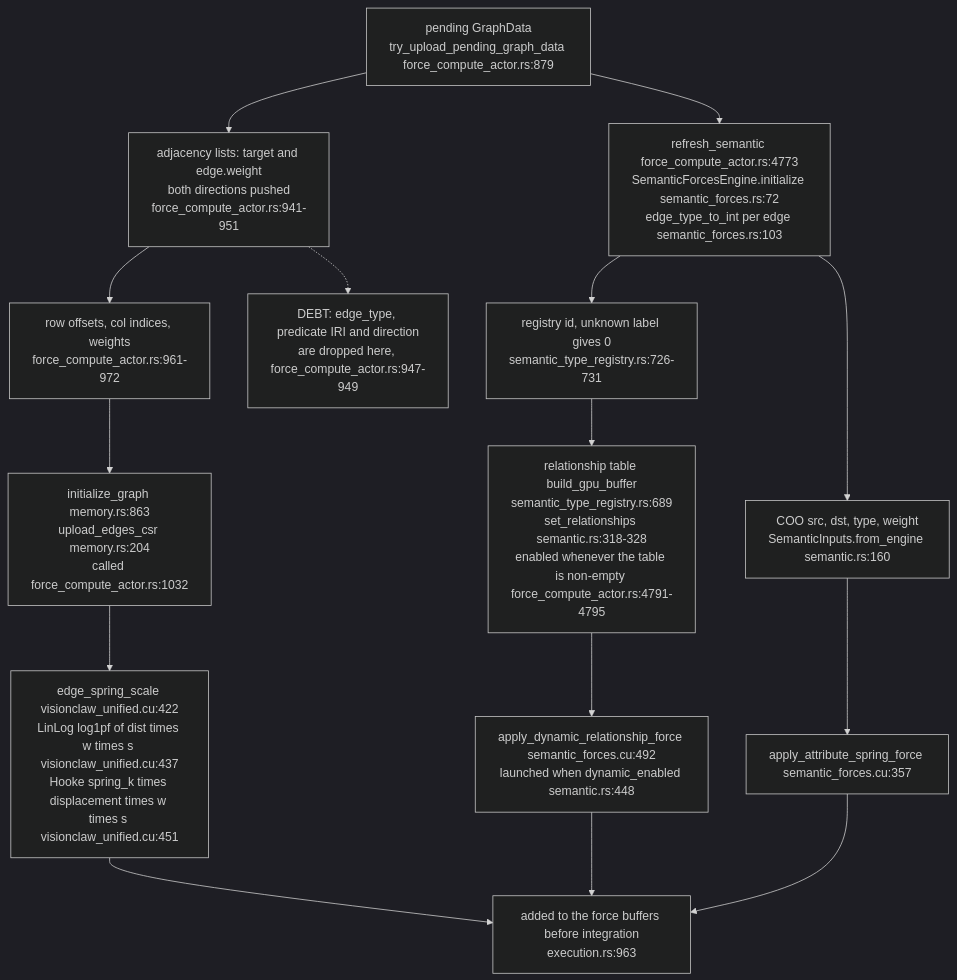
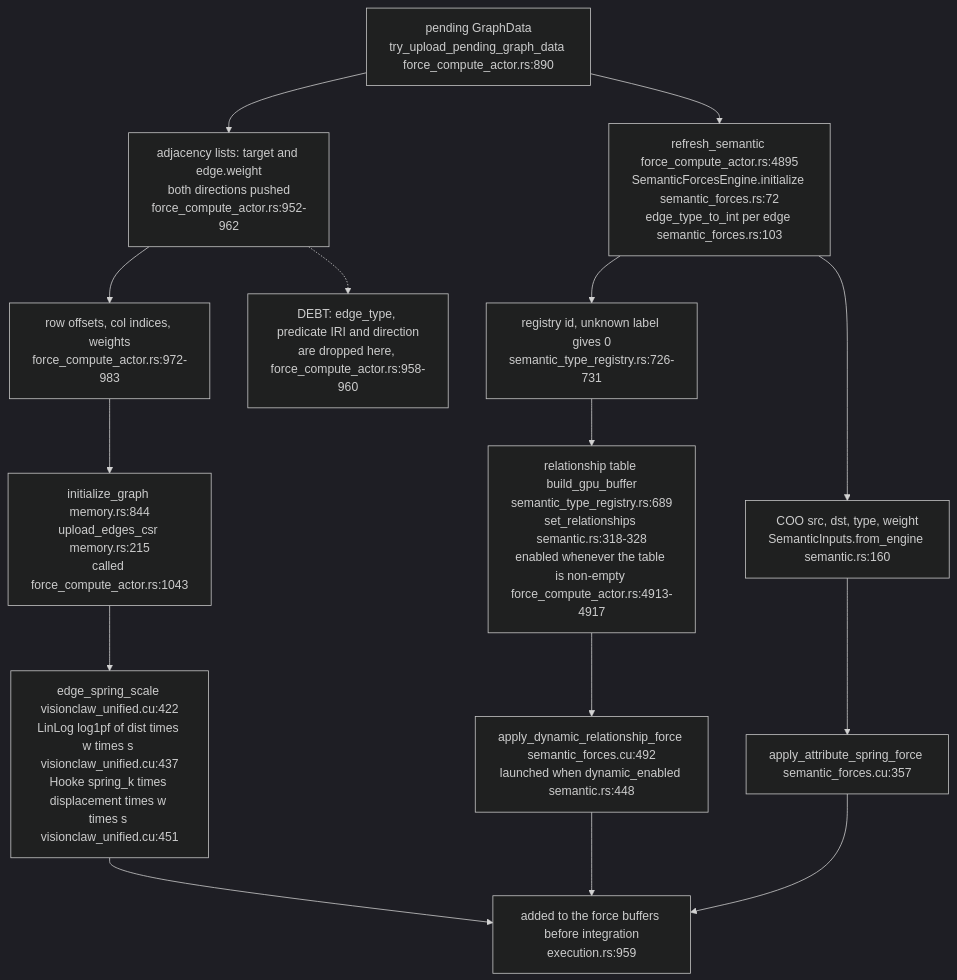
Before and after one commit to DreamLab-AI/VisionFlow: the fourth of 5 diagrams in docs/diagrams/visionclaw/58-corpus-page-to-gpu-edge.md, drawn with Mermaid (dark theme). The commit also changed other lines of this file and 3 other files, not shown here.

First line of the commit message:
docs(diagrams): roll VC-58..61 to visionclaw main 010e1109b (PR 37 and 38 merged)

````diff
--- a/docs/diagrams/visionclaw/58-corpus-page-to-gpu-edge.md
+++ b/docs/diagrams/visionclaw/58-corpus-page-to-gpu-edge.md
@@ -107,17 +107,17 @@
 ```mermaid
 flowchart TB
-    G["pending GraphData<br/>try_upload_pending_graph_data force_compute_actor.rs:879"] --> ADJ["adjacency lists: target and edge.weight<br/>both directions pushed<br/>force_compute_actor.rs:941-951"]
-    ADJ --> CSR["row offsets, col indices, weights<br/>force_compute_actor.rs:961-972"]
-    CSR --> INIT["initialize_graph memory.rs:863<br/>upload_edges_csr memory.rs:204<br/>called force_compute_actor.rs:1032"]
+    G["pending GraphData<br/>try_upload_pending_graph_data force_compute_actor.rs:890"] --> ADJ["adjacency lists: target and edge.weight<br/>both directions pushed<br/>force_compute_actor.rs:952-962"]
+    ADJ --> CSR["row offsets, col indices, weights<br/>force_compute_actor.rs:972-983"]
+    CSR --> INIT["initialize_graph memory.rs:844<br/>upload_edges_csr memory.rs:215<br/>called force_compute_actor.rs:1043"]
     INIT --> SPR["edge_spring_scale visionclaw_unified.cu:422<br/>LinLog log1pf of dist times w times s visionclaw_unified.cu:437<br/>Hooke spring_k times displacement times w times s visionclaw_unified.cu:451"]
-    ADJ -.-> DEBTCSR["DEBT: edge_type, predicate IRI and direction<br/>are dropped here, force_compute_actor.rs:947-949"]
-    G --> SEM["refresh_semantic force_compute_actor.rs:4773<br/>SemanticForcesEngine.initialize semantic_forces.rs:72<br/>edge_type_to_int per edge semantic_forces.rs:103"]
+    ADJ -.-> DEBTCSR["DEBT: edge_type, predicate IRI and direction<br/>are dropped here, force_compute_actor.rs:958-960"]
+    G --> SEM["refresh_semantic force_compute_actor.rs:4895<br/>SemanticForcesEngine.initialize semantic_forces.rs:72<br/>edge_type_to_int per edge semantic_forces.rs:103"]
     SEM --> REG["registry id, unknown label gives 0<br/>semantic_type_registry.rs:726-731"]
     SEM --> COO["COO src, dst, type, weight<br/>SemanticInputs.from_engine semantic.rs:160"]
-    REG --> TABLE["relationship table build_gpu_buffer<br/>semantic_type_registry.rs:689<br/>set_relationships semantic.rs:318-328<br/>enabled whenever the table is non-empty force_compute_actor.rs:4791-4795"]
+    REG --> TABLE["relationship table build_gpu_buffer<br/>semantic_type_registry.rs:689<br/>set_relationships semantic.rs:318-328<br/>enabled whenever the table is non-empty force_compute_actor.rs:4913-4917"]
     COO --> ATTR["apply_attribute_spring_force semantic_forces.cu:357"]
     TABLE --> DYN["apply_dynamic_relationship_force semantic_forces.cu:492<br/>launched when dynamic_enabled semantic.rs:448"]
-    ATTR --> FORCES["added to the force buffers before integration<br/>execution.rs:963"]
+    ATTR --> FORCES["added to the force buffers before integration<br/>execution.rs:959"]
     DYN --> FORCES
     SPR --> FORCES
 ```
````
